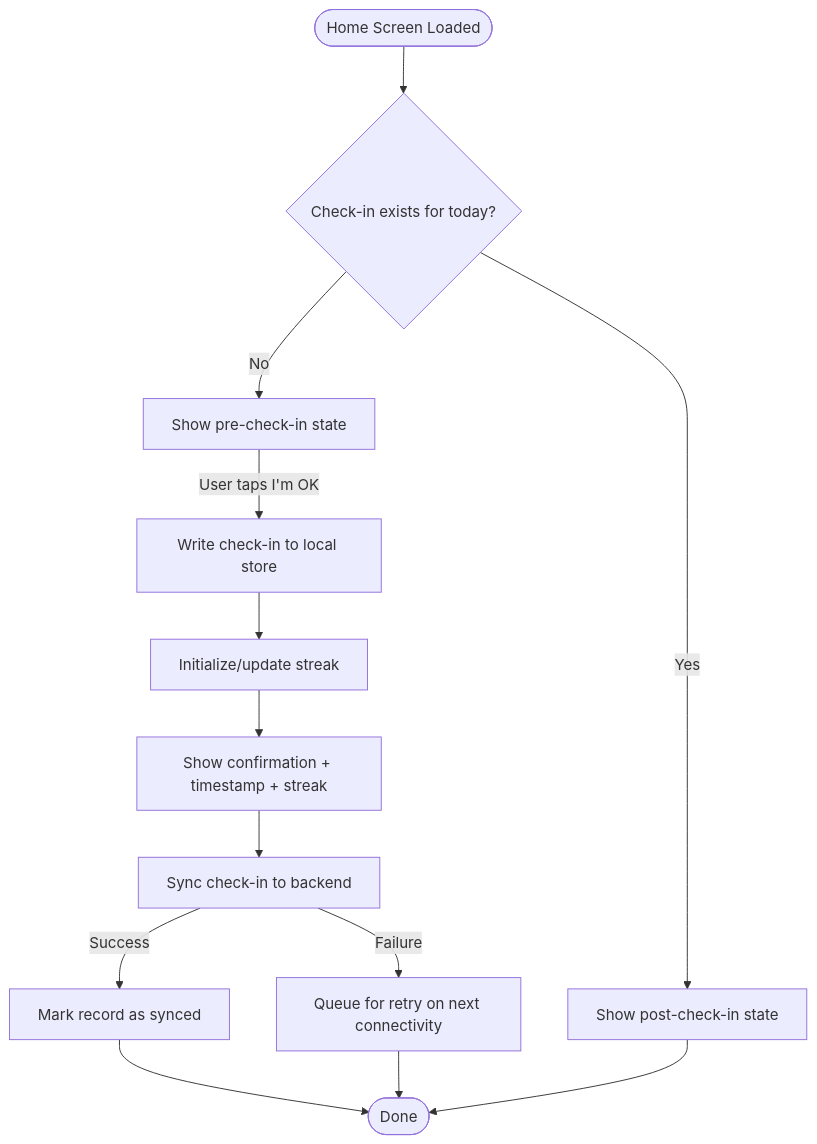
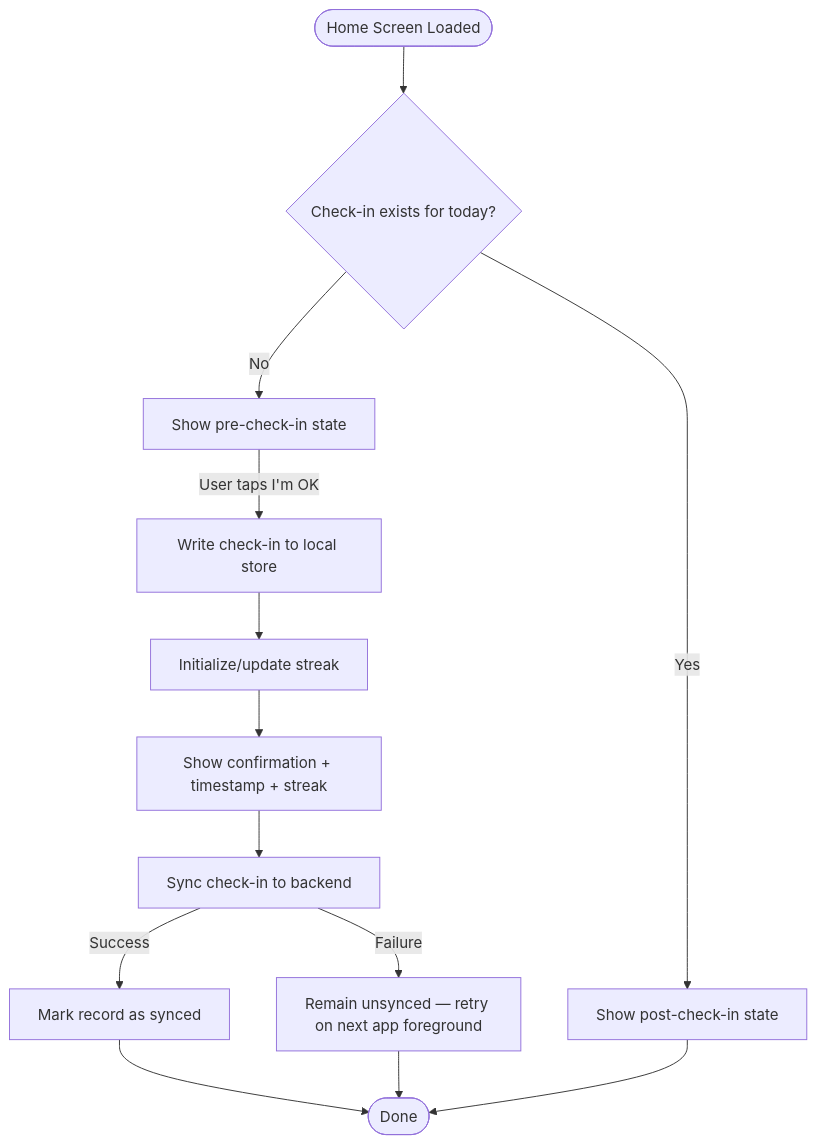
Before and after one commit to s0en/OKLah: the second of 3 diagrams in docs/fsd/onboarding/first_checkin/spec.md, drawn with Mermaid. The commit also changed other lines of this file and 6 other files, not shown here.

````diff
--- a/docs/fsd/onboarding/first_checkin/spec.md
+++ b/docs/fsd/onboarding/first_checkin/spec.md
@@ -442,15 +475,15 @@
 ```mermaid
 flowchart TD
     START([Home Screen Loaded]) --> CHECK_LOCAL{Check-in exists for today?}
     CHECK_LOCAL -->|Yes| SHOW_CONFIRMATION[Show post-check-in state]
     CHECK_LOCAL -->|No| SHOW_CHECKIN[Show pre-check-in state]
     SHOW_CHECKIN -->|User taps I'm OK| RECORD_LOCAL[Write check-in to local store]
     RECORD_LOCAL --> UPDATE_STREAK[Initialize/update streak]
     UPDATE_STREAK --> UPDATE_UI[Show confirmation + timestamp + streak]
     UPDATE_UI --> SYNC_BACKEND[Sync check-in to backend]
     SYNC_BACKEND -->|Success| MARK_SYNCED[Mark record as synced]
-    SYNC_BACKEND -->|Failure| QUEUE_RETRY[Queue for retry on next connectivity]
+    SYNC_BACKEND -->|Failure| QUEUE_RETRY[Remain unsynced — retry on next app foreground]
     MARK_SYNCED --> DONE([Done])
     QUEUE_RETRY --> DONE
     SHOW_CONFIRMATION --> DONE
 ```
````
